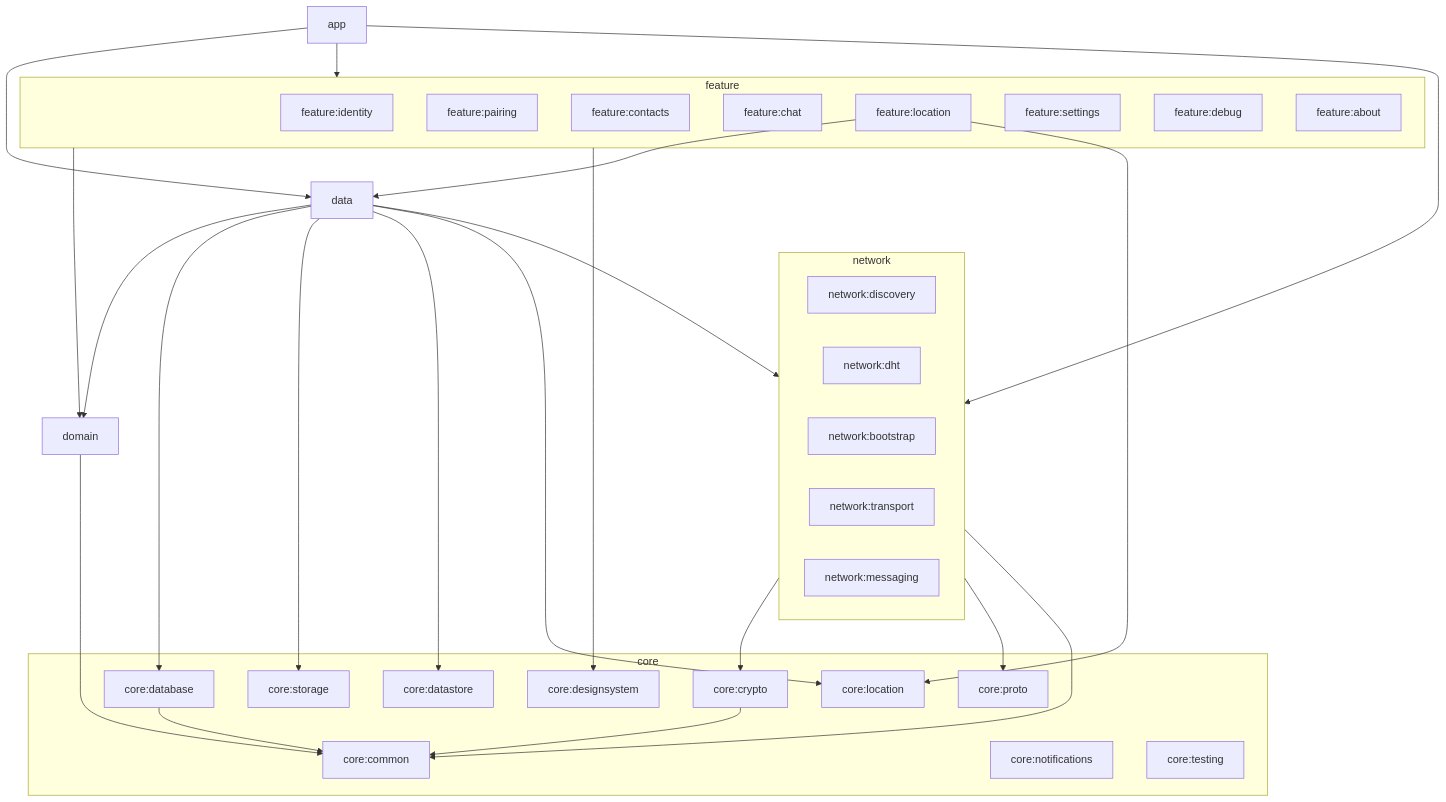
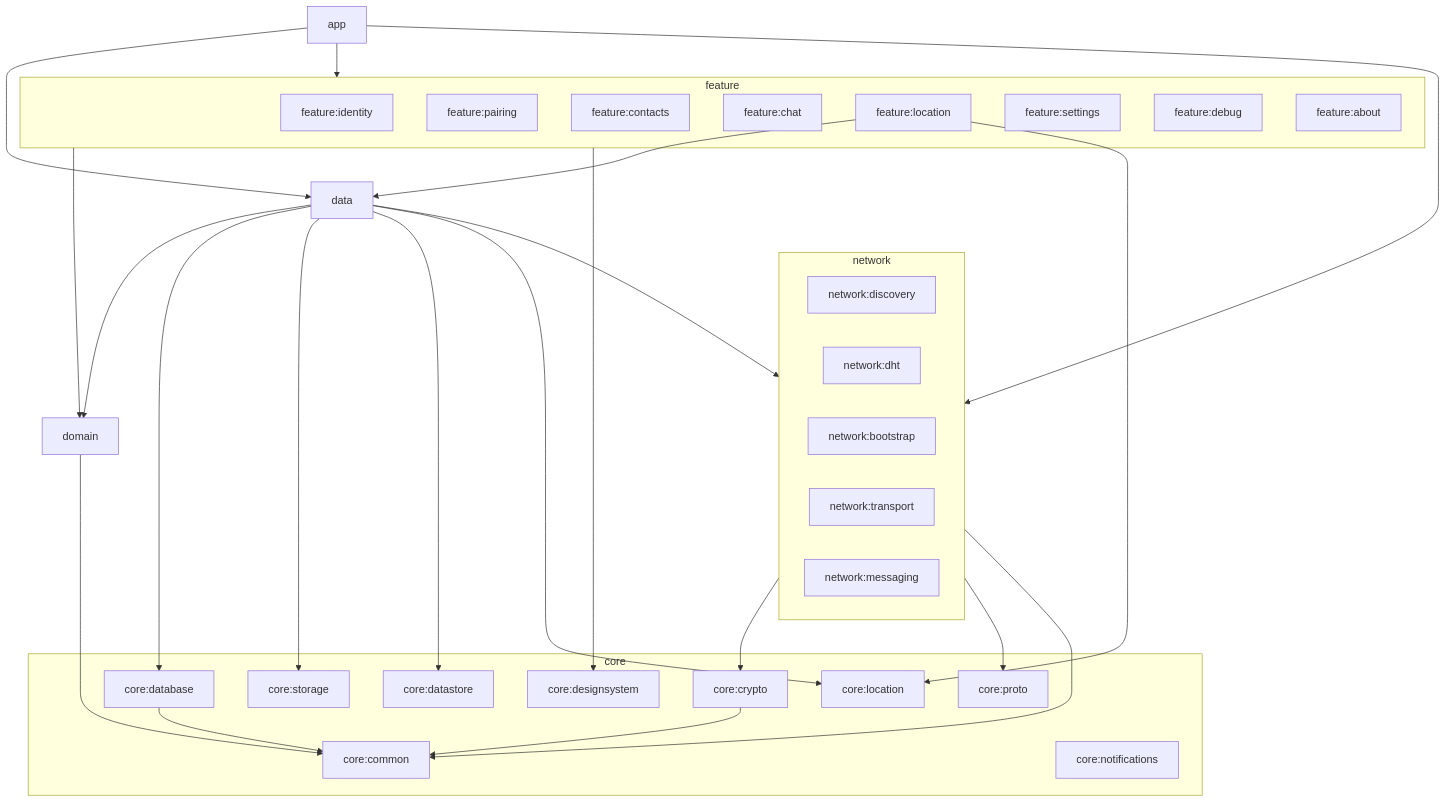
The diagram in docs/FolderStructure.md (0xAsghar/vMessenger), drawn with Mermaid before and after one commit. The commit also changed other lines of this file and 30 other files, not shown here.

````diff
--- a/docs/FolderStructure.md
+++ b/docs/FolderStructure.md
@@ -20,59 +20,58 @@
 ```mermaid
 flowchart TD
   app["app"]
 
   subgraph featureLayer [feature]
     fIdentity["feature:identity"]
     fPairing["feature:pairing"]
     fContacts["feature:contacts"]
     fChat["feature:chat"]
     fLocation["feature:location"]
     fSettings["feature:settings"]
     fDebug["feature:debug"]
     fAbout["feature:about"]
   end
 
   domain["domain"]
   data["data"]
 
   subgraph networkLayer [network]
     nDisc["network:discovery"]
     nDht["network:dht"]
     nBoot["network:bootstrap"]
     nTrans["network:transport"]
     nMsg["network:messaging"]
   end
 
   subgraph coreLayer [core]
     cCommon["core:common"]
     cCrypto["core:crypto"]
     cProto["core:proto"]
     cDb["core:database"]
     cStore["core:storage"]
     cData2["core:datastore"]
     cLoc["core:location"]
     cNotif["core:notifications"]
     cDesign["core:designsystem"]
-    cTest["core:testing"]
   end
 
   app --> featureLayer
   app --> data
   app --> networkLayer
   featureLayer --> domain
   featureLayer --> cDesign
   data --> domain
   data --> networkLayer
   data --> cDb
   data --> cStore
   data --> cData2
   data --> cLoc
   fLocation --> data
   fLocation --> cLoc
   networkLayer --> cCrypto
   networkLayer --> cProto
   networkLayer --> cCommon
   cDb --> cCommon
   cCrypto --> cCommon
   domain --> cCommon
 ```
````
